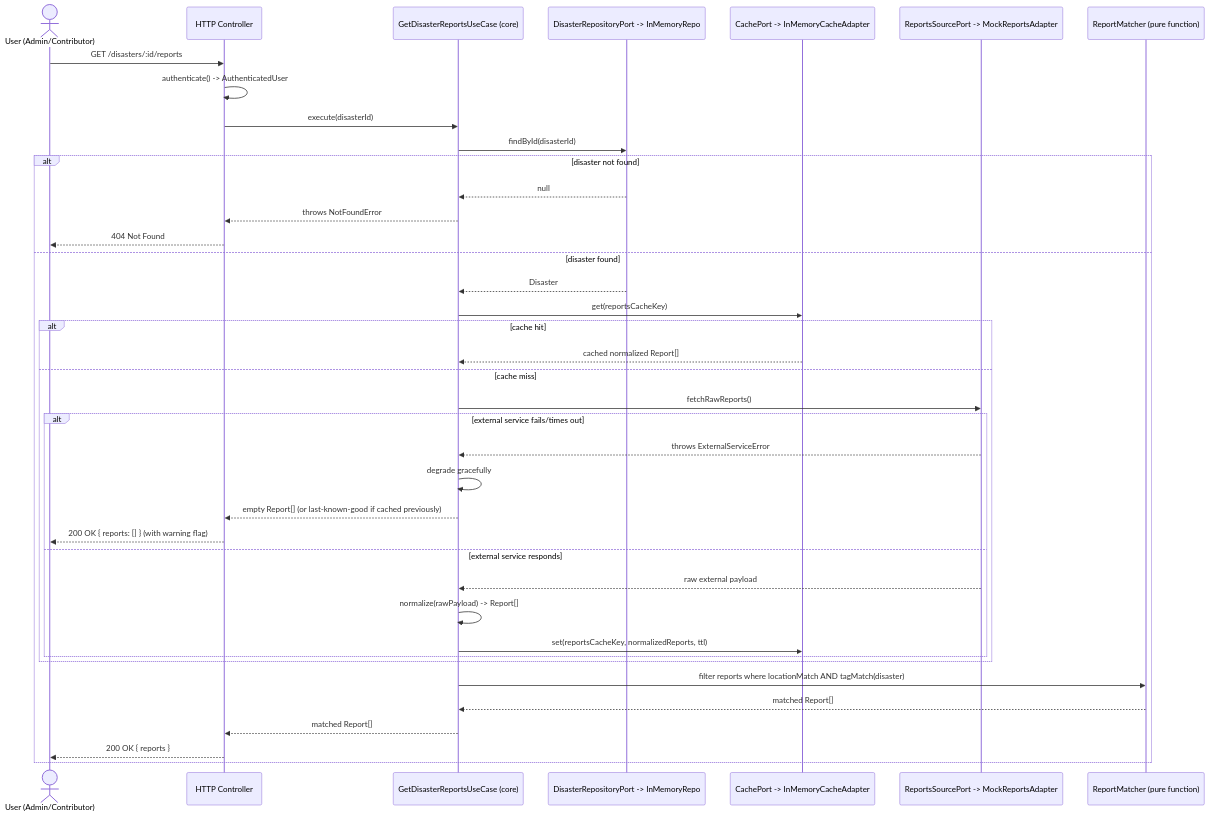
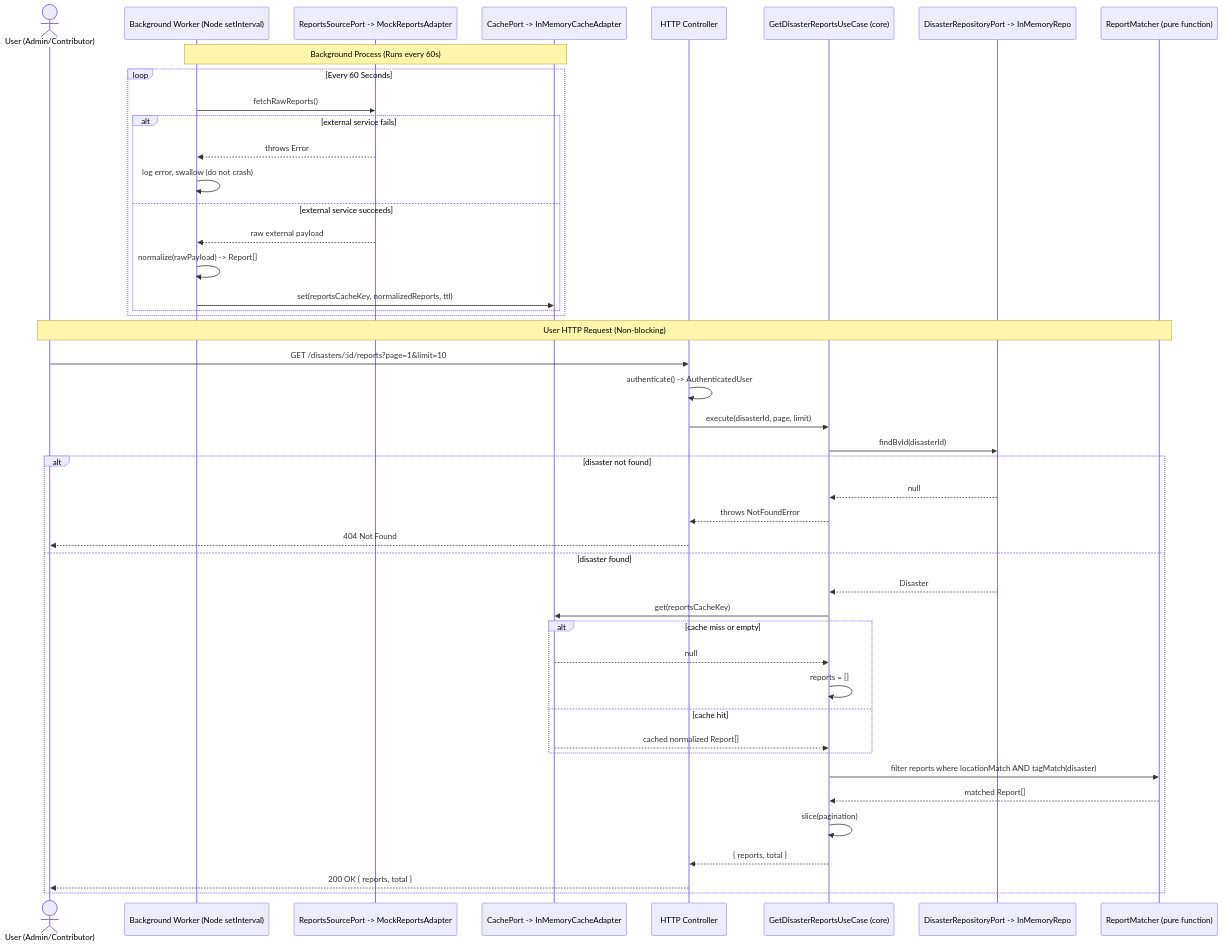
The diagram in docs/diagrams/sequence/get-disaster-reports.mmd (Rohit-MK2k/disaster-response-coordination-platform), drawn with Mermaid before and after one commit. The commit also changed 23 other files, not shown here.

```diff
--- a/docs/diagrams/sequence/get-disaster-reports.mmd
+++ b/docs/diagrams/sequence/get-disaster-reports.mmd
@@ -1,40 +1,48 @@
 sequenceDiagram
     actor U as User (Admin/Contributor)
+    participant WORKER as Background Worker (Node setInterval)
+    participant SRC as ReportsSourcePort -> MockReportsAdapter
+    participant CACHE as CachePort -> InMemoryCacheAdapter
+    
     participant API as HTTP Controller
     participant UC as GetDisasterReportsUseCase (core)
     participant DREPO as DisasterRepositoryPort -> InMemoryRepo
-    participant CACHE as CachePort -> InMemoryCacheAdapter
-    participant SRC as ReportsSourcePort -> MockReportsAdapter
     participant MATCH as ReportMatcher (pure function)
 
-    U->>API: GET /disasters/:id/reports
+    Note over WORKER, CACHE: Background Process (Runs every 60s)
+    loop Every 60 Seconds
+        WORKER->>SRC: fetchRawReports()
+        alt external service fails
+            SRC-->>WORKER: throws Error
+            WORKER->>WORKER: log error, swallow (do not crash)
+        else external service succeeds
+            SRC-->>WORKER: raw external payload
+            WORKER->>WORKER: normalize(rawPayload) -> Report[]
+            WORKER->>CACHE: set(reportsCacheKey, normalizedReports, ttl)
+        end
+    end
+
+    Note over U, MATCH: User HTTP Request (Non-blocking)
+    U->>API: GET /disasters/:id/reports?page=1&limit=10
     API->>API: authenticate() -> AuthenticatedUser
-    API->>UC: execute(disasterId)
+    API->>UC: execute(disasterId, page, limit)
     UC->>DREPO: findById(disasterId)
     alt disaster not found
         DREPO-->>UC: null
         UC-->>API: throws NotFoundError
         API-->>U: 404 Not Found
     else disaster found
         DREPO-->>UC: Disaster
         UC->>CACHE: get(reportsCacheKey)
-        alt cache hit
+        alt cache miss or empty
+            CACHE-->>UC: null
+            UC->>UC: reports = []
+        else cache hit
             CACHE-->>UC: cached normalized Report[]
-        else cache miss
-            UC->>SRC: fetchRawReports()
-            alt external service fails/times out
-                SRC-->>UC: throws ExternalServiceError
-                UC->>UC: degrade gracefully
-                UC-->>API: empty Report[] (or last-known-good if cached previously)
-                API-->>U: 200 OK { reports: [] } (with warning flag)
-            else external service responds
-                SRC-->>UC: raw external payload
-                UC->>UC: normalize(rawPayload) -> Report[]
-                UC->>CACHE: set(reportsCacheKey, normalizedReports, ttl)
-            end
         end
         UC->>MATCH: filter reports where locationMatch AND tagMatch(disaster)
         MATCH-->>UC: matched Report[]
-        UC-->>API: matched Report[]
-        API-->>U: 200 OK { reports }
+        UC->>UC: slice(pagination)
+        UC-->>API: { reports, total }
+        API-->>U: 200 OK { reports, total }
     end
```
